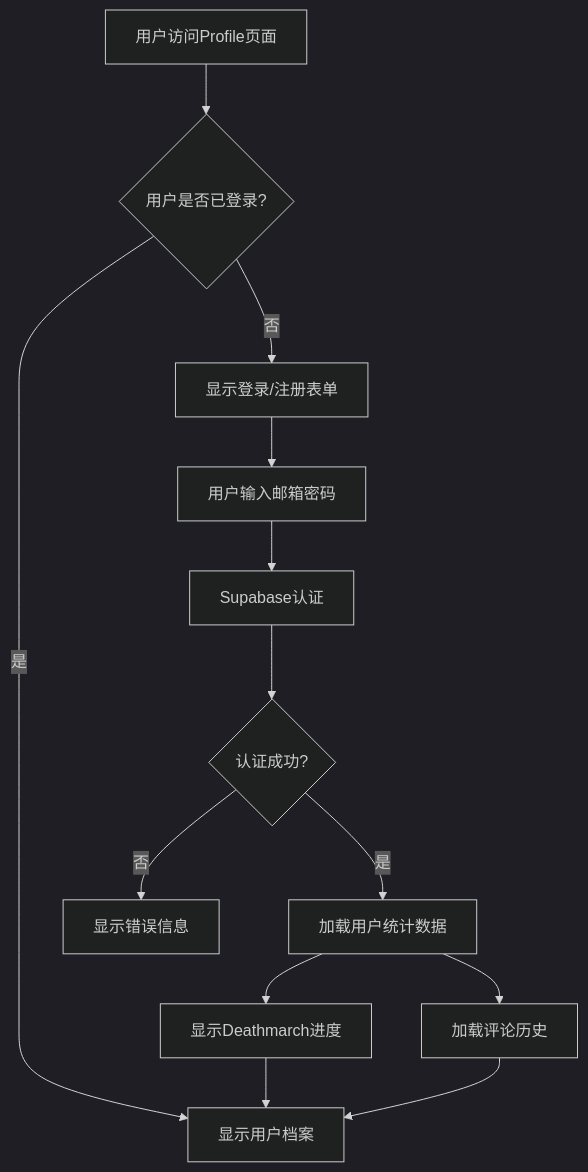
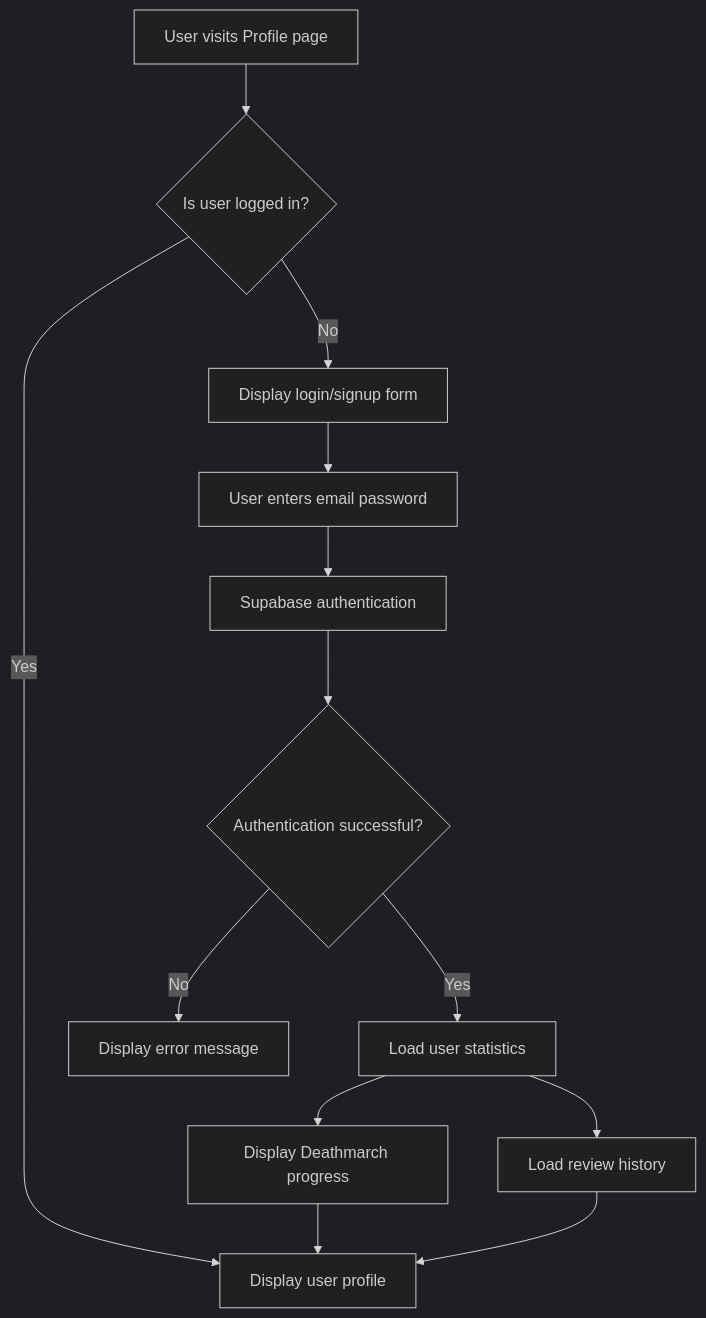
The first of 3 diagrams in README.md (MarkLee11/RAVEN), drawn with Mermaid (dark theme) before and after one commit. The commit also changed other lines of this file, not shown here.

````diff
--- a/README.md
+++ b/README.md
@@ -637,15 +636,15 @@
 ```mermaid
 flowchart TD
-    A[用户访问Profile页面] --> B{用户是否已登录?}
-    B -->|是| C[显示用户档案]
-    B -->|否| D[显示登录/注册表单]
-    D --> E[用户输入邮箱密码]
-    E --> F[Supabase认证]
-    F --> G{认证成功?}
-    G -->|是| H[加载用户统计数据]
-    G -->|否| I[显示错误信息]
-    H --> J[显示Deathmarch进度]
-    H --> K[加载评论历史]
+    A[User visits Profile page] --> B{Is user logged in?}
+    B -->|Yes| C[Display user profile]
+    B -->|No| D[Display login/signup form]
+    D --> E[User enters email password]
+    E --> F[Supabase authentication]
+    F --> G{Authentication successful?}
+    G -->|Yes| H[Load user statistics]
+    G -->|No| I[Display error message]
+    H --> J[Display Deathmarch progress]
+    H --> K[Load review history]
     J --> C
     K --> C
 ```
````
